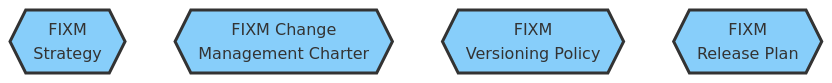
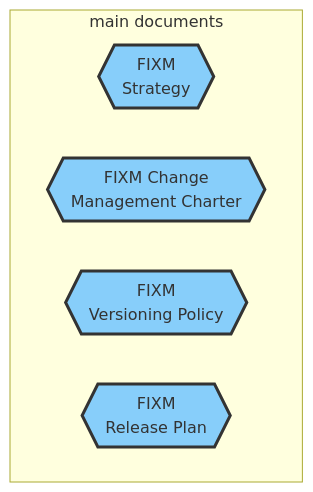
One commit to hlepori/test_docsify changed the diagram in docs/home.md. Above: the diagram before and after it, drawn with Mermaid.

````diff
--- a/docs/home.md
+++ b/docs/home.md
@@ -3,14 +5,17 @@
 ```mermaid
 graph TD
+
+subgraph main documents
 STRATEGY{{FIXM<br>Strategy}}
 CHARTER{{FIXM Change<br>Management Charter}}
 VERSIONING{{FIXM<br>Versioning Policy}}
 RELEASEPLAN{{FIXM<br>Release Plan}}
+end
 
 style STRATEGY fill:#87CEFA,stroke:#333,stroke-width:3px
 style CHARTER fill:#87CEFA,stroke:#333,stroke-width:3px
 style VERSIONING fill:#87CEFA,stroke:#333,stroke-width:3px
 style RELEASEPLAN fill:#87CEFA,stroke:#333,stroke-width:3px
 
 click STRATEGY "https://ost.eurocontrol.int/sites/FIXM/Lists/Bug%20reports/AllItems.aspx" "Go to the FIXM Strategy" _blank
 ```
````
